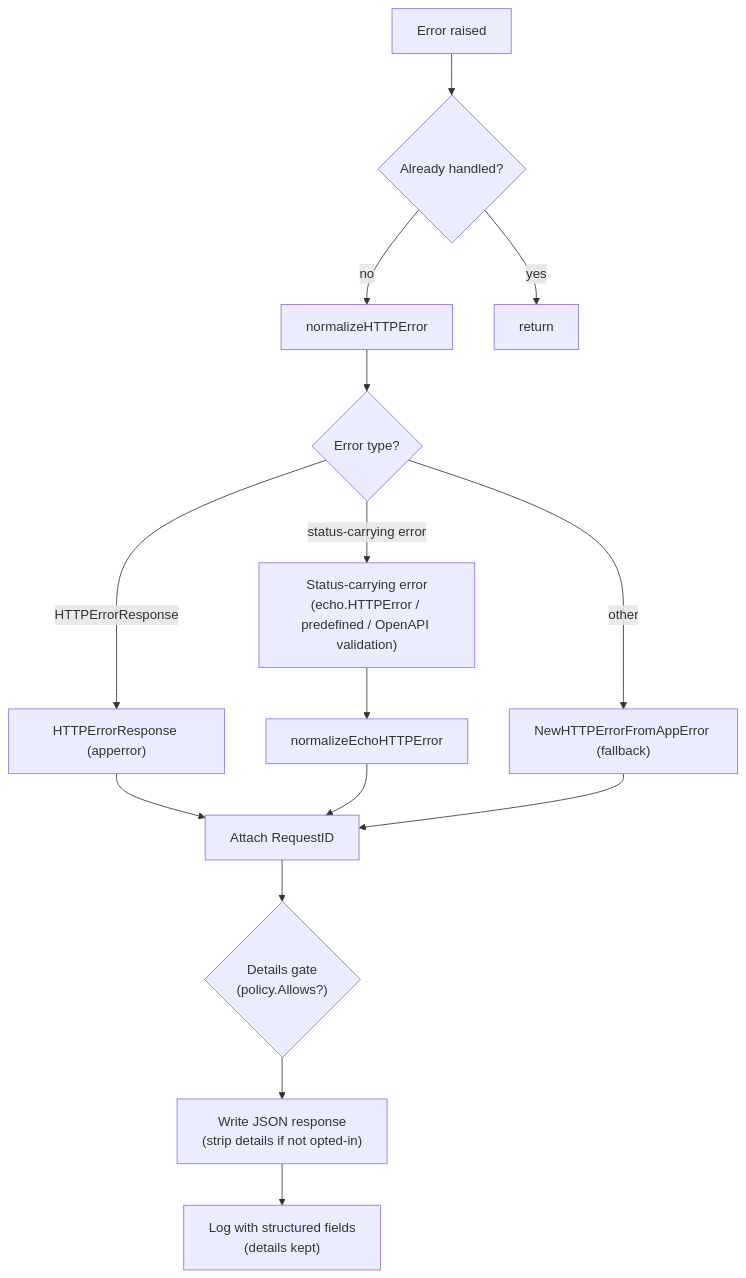
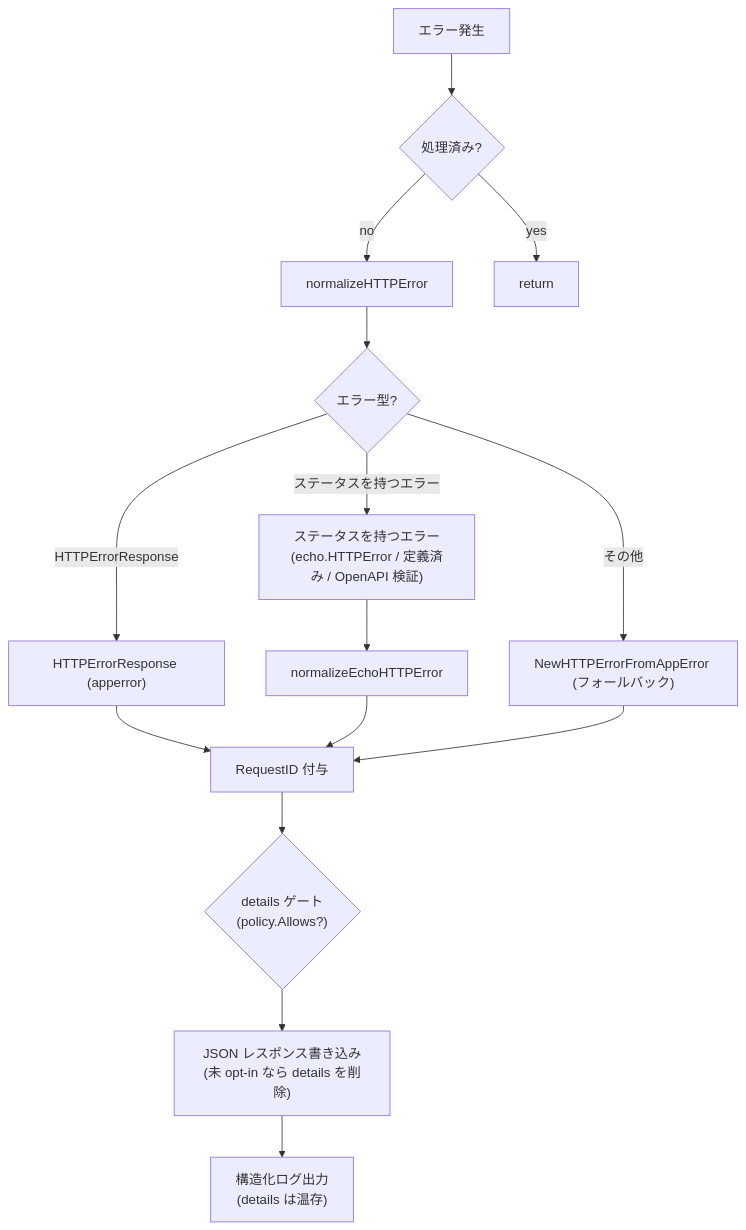
The diagram in internal/controller/httpstack/errorhandler/README.md (Tomy-ch/go-boilerplate), drawn with Mermaid before and after one commit. The commit also changed other lines of this file and 970 other files, not shown here.

````diff
--- a/internal/controller/httpstack/errorhandler/README.md
+++ b/internal/controller/httpstack/errorhandler/README.md
@@ -7,24 +7,24 @@
 ```mermaid
 flowchart TB
-    Error["Error raised"]
-    Guard{"Already handled?"}
+    Error["エラー発生"]
+    Guard{"処理済み?"}
     Normalize["normalizeHTTPError"]
-    TypeCheck{"Error type?"}
+    TypeCheck{"エラー型?"}
     AppErr["HTTPErrorResponse (apperror)"]
-    EchoErr["Status-carrying error<br/>(echo.HTTPError / predefined / OpenAPI validation)"]
+    EchoErr["ステータスを持つエラー<br/>(echo.HTTPError / 定義済み / OpenAPI 検証)"]
     EchoNorm["normalizeEchoHTTPError"]
-    Fallback["NewHTTPErrorFromAppError (fallback)"]
-    AddReqID["Attach RequestID"]
-    Gate{"Details gate<br/>(policy.Allows?)"}
-    Write["Write JSON response<br/>(strip details if not opted-in)"]
-    Log["Log with structured fields<br/>(details kept)"]
+    Fallback["NewHTTPErrorFromAppError (フォールバック)"]
+    AddReqID["RequestID 付与"]
+    Gate{"details ゲート<br/>(policy.Allows?)"}
+    Write["JSON レスポンス書き込み<br/>(未 opt-in なら details を削除)"]
+    Log["構造化ログ出力<br/>(details は温存)"]
 
     Error --> Guard
     Guard -- yes --> return
     Guard -- no --> Normalize
     Normalize --> TypeCheck
     TypeCheck -- HTTPErrorResponse --> AppErr --> AddReqID
-    TypeCheck -- status-carrying error --> EchoErr --> EchoNorm --> AddReqID
-    TypeCheck -- other --> Fallback --> AddReqID
+    TypeCheck -- ステータスを持つエラー --> EchoErr --> EchoNorm --> AddReqID
+    TypeCheck -- その他 --> Fallback --> AddReqID
     AddReqID --> Gate --> Write --> Log
 ```
````
